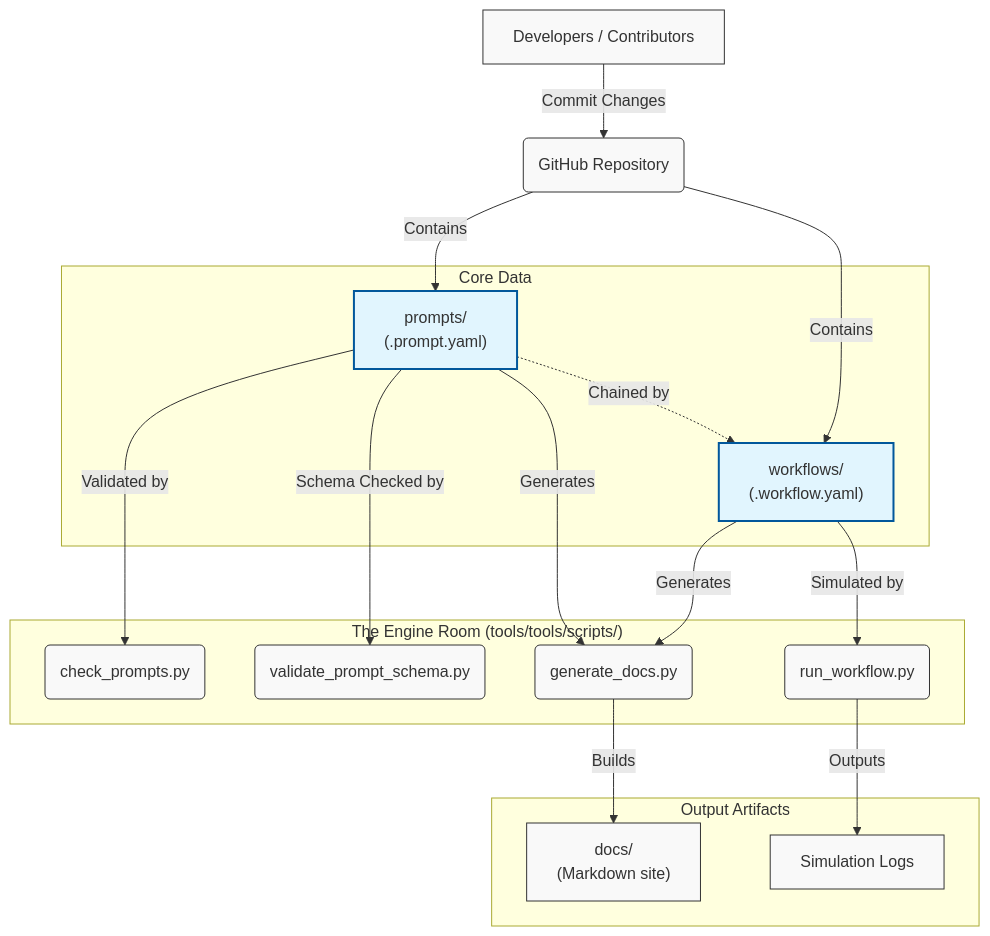
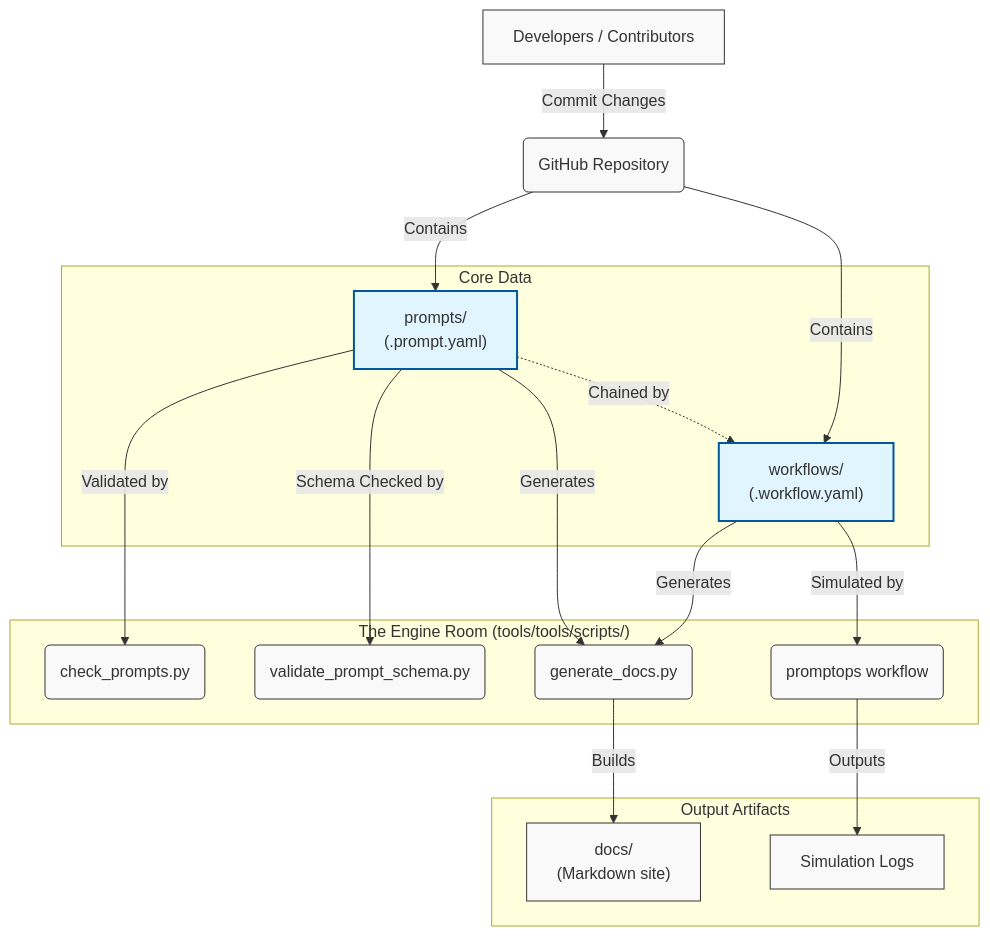
One commit to fderuiter/proompts changed the diagram in docs/system_architecture.md. Above: the diagram before and after it, drawn with Mermaid. The commit also changed other lines of this file and 43 other files, not shown here.

````diff
--- a/docs/system_architecture.md
+++ b/docs/system_architecture.md
@@ -9,41 +9,41 @@
 ```mermaid
 graph TD
     %% Define Nodes
     A[Developers / Contributors] -->|Commit Changes| B(GitHub Repository)
 
     subgraph "Core Data"
         C1["prompts/<br>(.prompt.yaml)"]
         C2["workflows/<br>(.workflow.yaml)"]
         C1 -.->|Chained by| C2
     end
     B -->|Contains| C1
     B -->|Contains| C2
 
     subgraph "The Engine Room (tools/tools/scripts/)"
         D1(check_prompts.py)
         D2(validate_prompt_schema.py)
-        D3(run_workflow.py)
+        D3(promptops workflow)
         D4(generate_docs.py)
     end
 
     %% Flow of Validation
     C1 -->|Validated by| D1
     C1 -->|Schema Checked by| D2
     C2 -->|Simulated by| D3
 
     %% Output
     C1 -->|Generates| D4
     C2 -->|Generates| D4
 
     subgraph "Output Artifacts"
         E1["docs/<br>(Markdown site)"]
         E2[Simulation Logs]
     end
 
     D4 -->|Builds| E1
     D3 -->|Outputs| E2
 
     classDef default fill:#f9f9f9,stroke:#333,stroke-width:1px;
     classDef highlight fill:#e1f5fe,stroke:#01579b,stroke-width:2px;
     class C1,C2 highlight;
 ```
````
